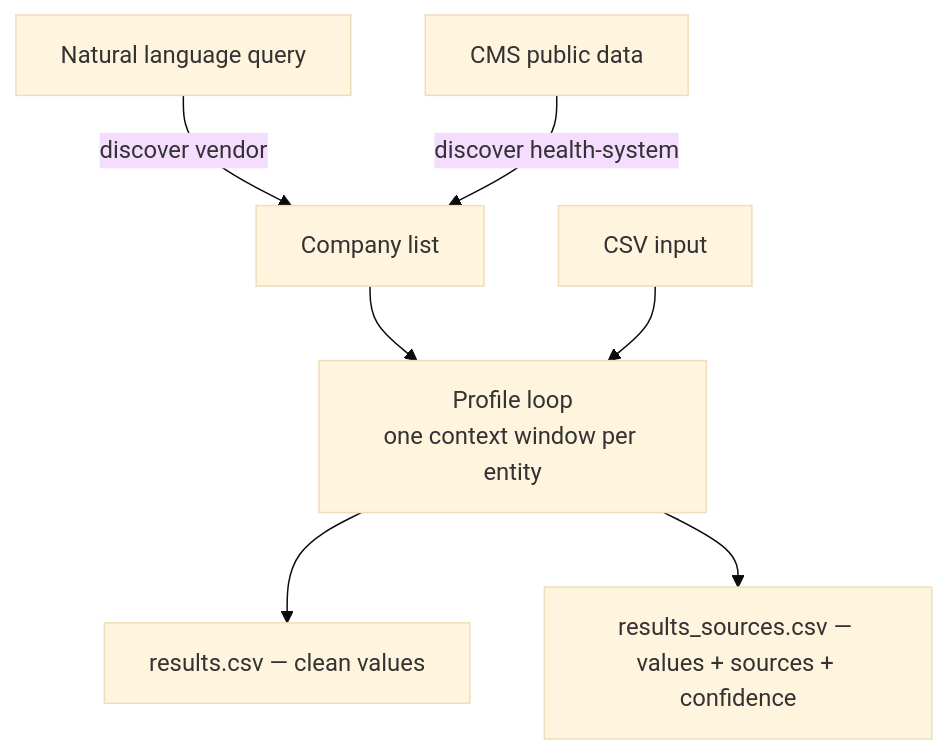
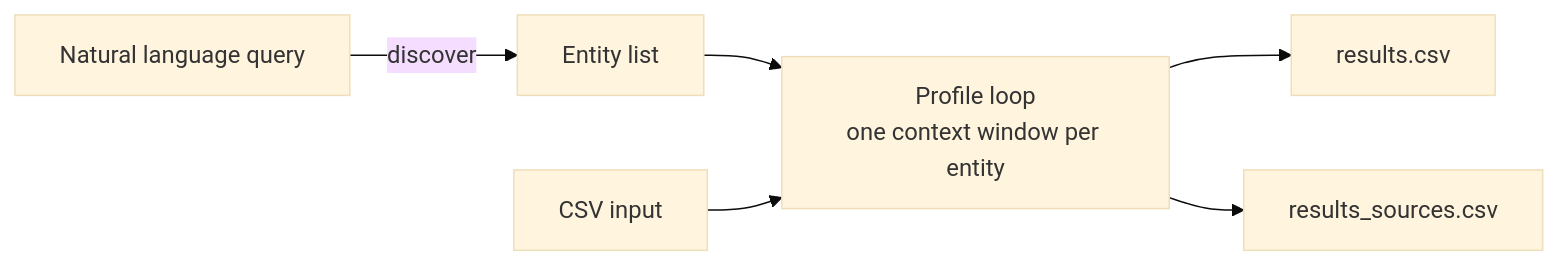
Before and after one commit to dhegde11/healthtech-intel: the diagram in README.md, drawn with Mermaid (base theme). The commit also changed other lines of this file, not shown here.

Commit message:
docs: simplify architecture diagram, fix discover flags table
- Revert mermaid to simple LR layout with cleaner node labels
- Move --output default out of Default column into Description to reduce wrapping
- Remove Subcommand column from discover flags table

````diff
--- a/README.md
+++ b/README.md
@@ -66,9 +66,8 @@
 ```mermaid
-flowchart TD
-    A["Natural language query"] -->|discover vendor| B["Company list"]
-    G["CMS public data"] -->|discover health-system| B
-    B --> C
-    D["CSV input"] --> C["Profile loop<br/>one context window per entity"]
-    C --> E["results.csv — clean values"]
-    C --> F["results_sources.csv — values + sources + confidence"]
+flowchart LR
+    A["Natural language query"] -->|discover| B["Entity list"]
+    B --> C["Profile loop<br/>one context window per entity"]
+    D["CSV input"] --> C
+    C --> E["results.csv"]
+    C --> F["results_sources.csv"]
 ```
````
